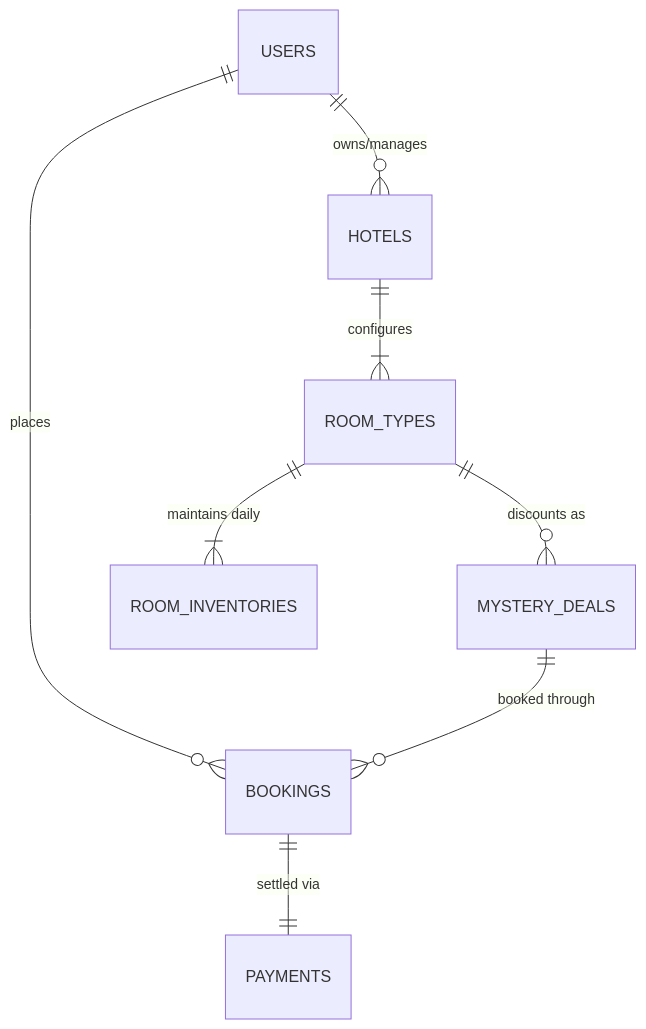
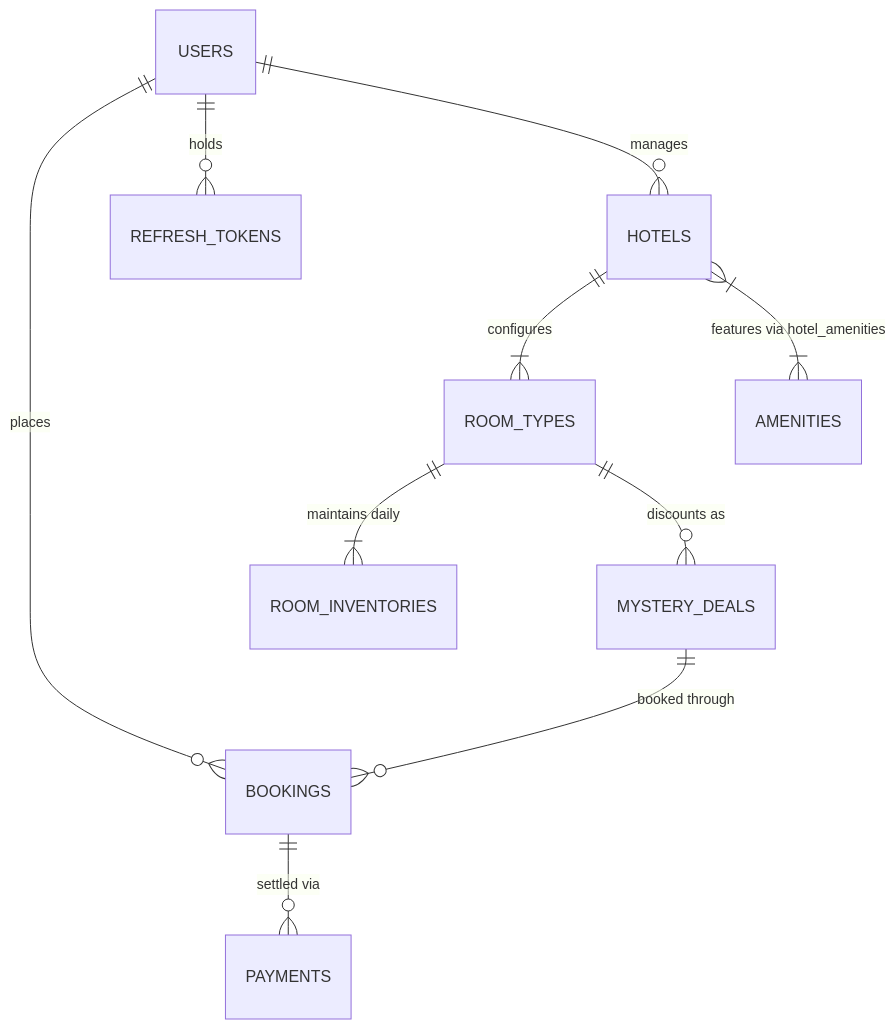
The diagram in docs/database-design.md (Chakaliprakash/MysteryStay), drawn with Mermaid before and after one commit. The commit also changed other lines of this file and 4 other files, not shown here.

````diff
--- a/docs/database-design.md
+++ b/docs/database-design.md
@@ -13,10 +15,12 @@
 ```mermaid
 erDiagram
     USERS ||--o{ BOOKINGS : "places"
-    USERS ||--o{ HOTELS : "owns/manages"
+    USERS ||--o{ REFRESH_TOKENS : "holds"
+    USERS ||--o{ HOTELS : "manages"
     HOTELS ||--|{ ROOM_TYPES : "configures"
+    HOTELS }|--|{ AMENITIES : "features via hotel_amenities"
     ROOM_TYPES ||--|{ ROOM_INVENTORIES : "maintains daily"
     ROOM_TYPES ||--o{ MYSTERY_DEALS : "discounts as"
     MYSTERY_DEALS ||--o{ BOOKINGS : "booked through"
-    BOOKINGS ||--|| PAYMENTS : "settled via"
+    BOOKINGS ||--o{ PAYMENTS : "settled via"
 ```
````
